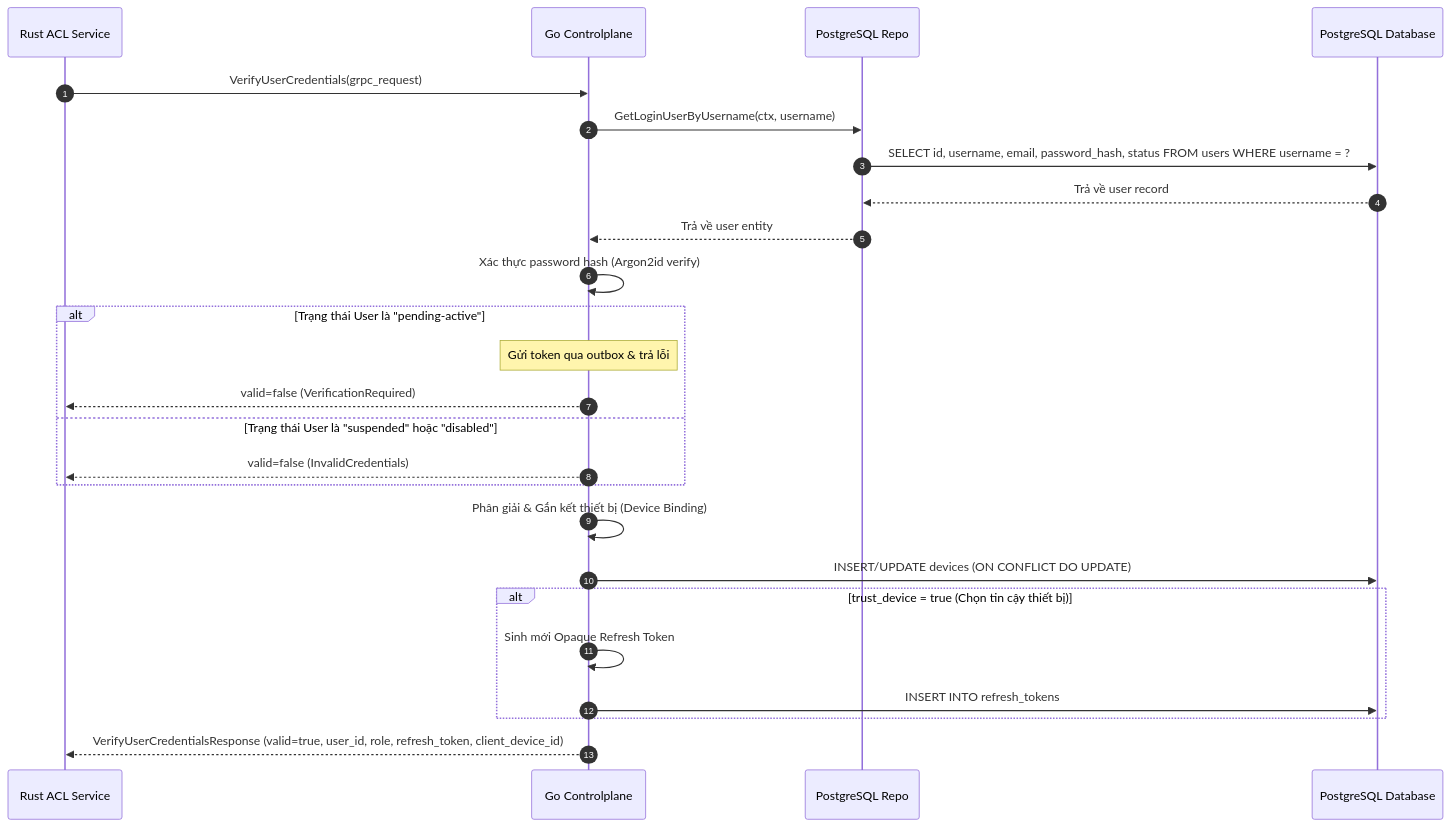
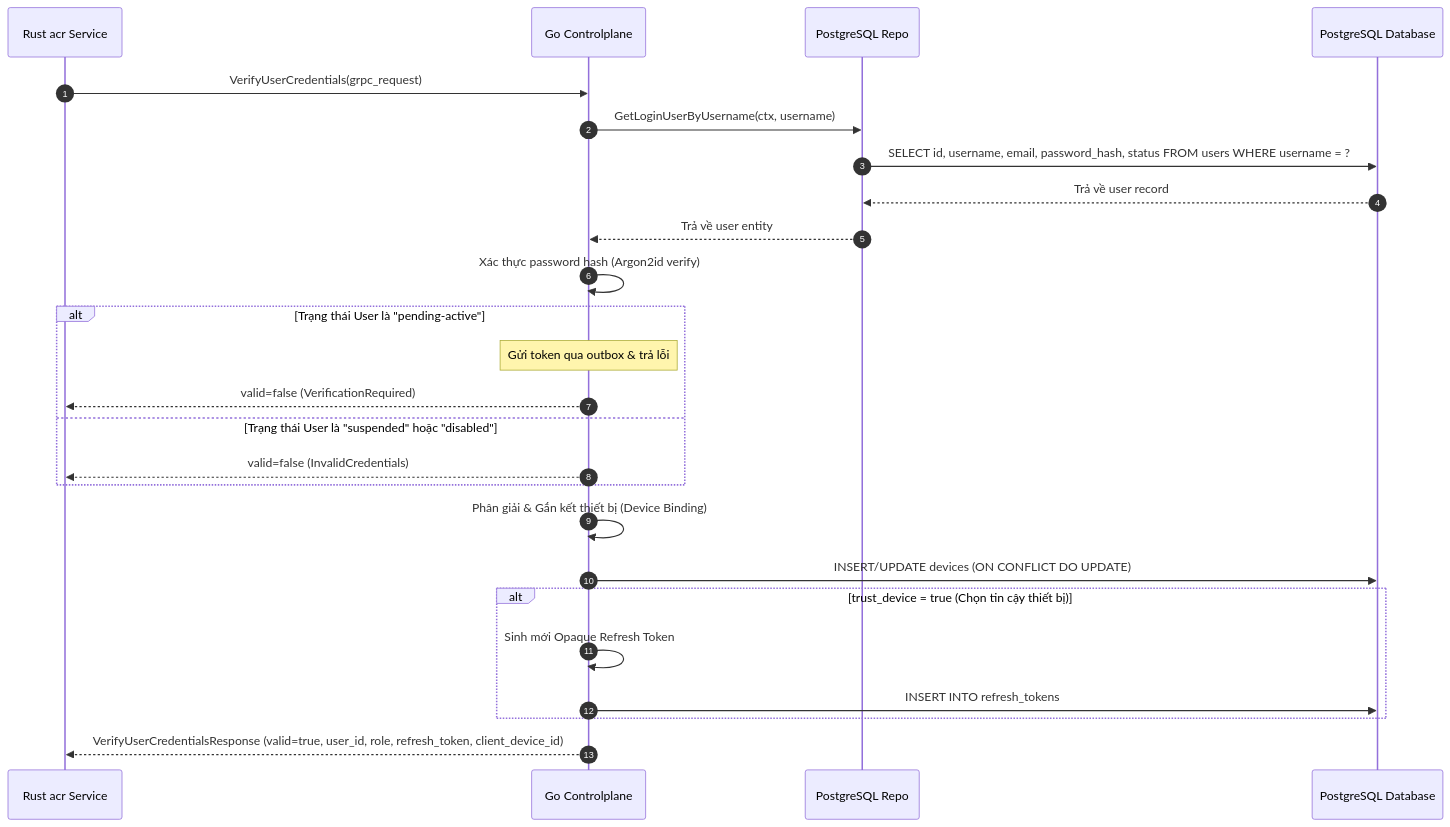
One commit to phucle996/aurora changed the third of 6 diagrams in god_view/iam/user_login_god_view_workflow.md. Above: the diagram before and after it, drawn with Mermaid. The commit also changed other lines of this file and 72 other files, not shown here.

````diff
--- a/god_view/iam/user_login_god_view_workflow.md
+++ b/god_view/iam/user_login_god_view_workflow.md
@@ -108,34 +109,34 @@
 ```mermaid
 sequenceDiagram
     autonumber
-    participant ACL as Rust ACL Service
+    participant acr as Rust acr Service
     participant CP as Go Controlplane
     participant Repo as PostgreSQL Repo
     participant DB as PostgreSQL Database
 
-    ACL->>CP: VerifyUserCredentials(grpc_request)
+    acr->>CP: VerifyUserCredentials(grpc_request)
     
     CP->>Repo: GetLoginUserByUsername(ctx, username)
     Repo->>DB: SELECT id, username, email, password_hash, status FROM users WHERE username = ?
     DB-->>Repo: Trả về user record
     Repo-->>CP: Trả về user entity
     
     CP->>CP: Xác thực password hash (Argon2id verify)
     
     alt Trạng thái User là "pending-active"
         Note over CP: Gửi token qua outbox & trả lỗi
-        CP-->>ACL: valid=false (VerificationRequired)
+        CP-->>acr: valid=false (VerificationRequired)
     else Trạng thái User là "suspended" hoặc "disabled"
-        CP-->>ACL: valid=false (InvalidCredentials)
+        CP-->>acr: valid=false (InvalidCredentials)
     end
     
     CP->>CP: Phân giải & Gắn kết thiết bị (Device Binding)
     CP->>DB: INSERT/UPDATE devices (ON CONFLICT DO UPDATE)
     
     alt trust_device = true (Chọn tin cậy thiết bị)
         CP->>CP: Sinh mới Opaque Refresh Token
         CP->>DB: INSERT INTO refresh_tokens
     end
 
-    CP-->>ACL: VerifyUserCredentialsResponse (valid=true, user_id, role, refresh_token, client_device_id)
+    CP-->>acr: VerifyUserCredentialsResponse (valid=true, user_id, role, refresh_token, client_device_id)
 ```
````
